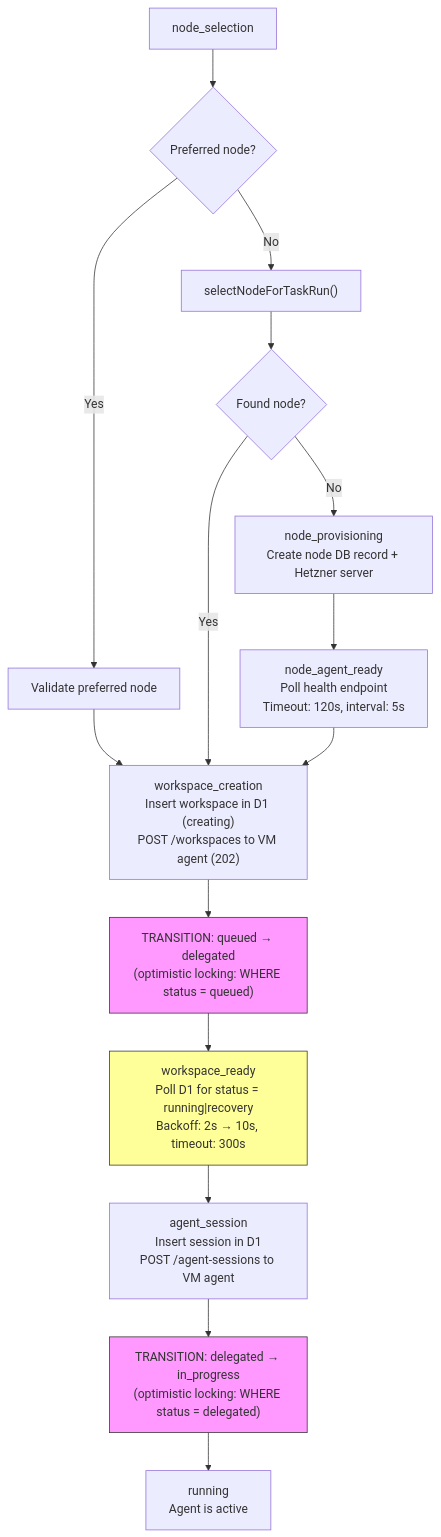
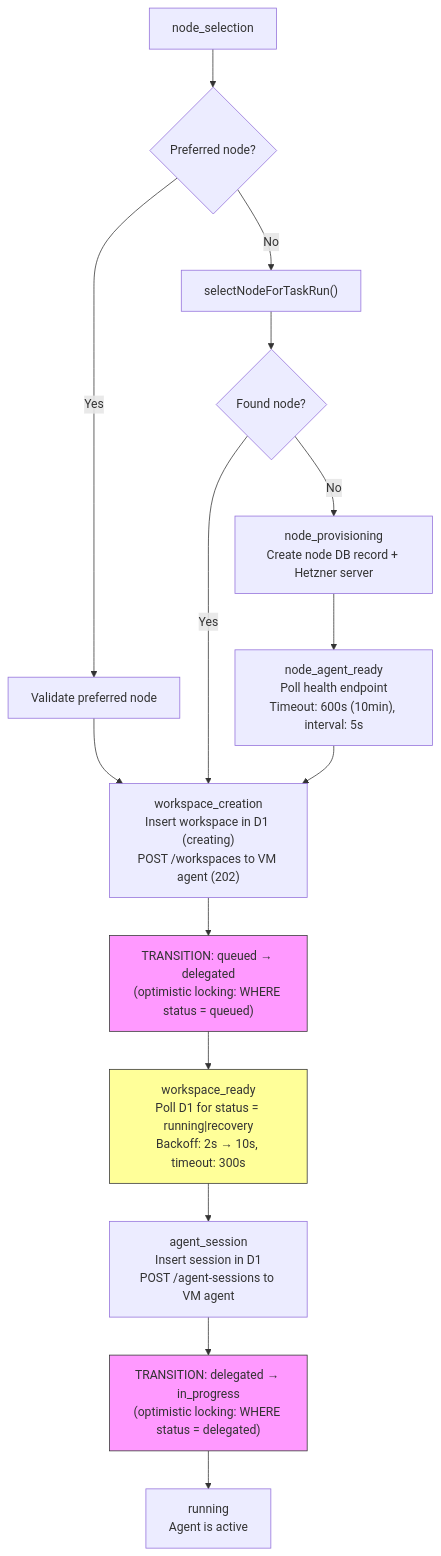
The second of 3 diagrams in docs/notes/task-delegation-system-analysis.md (raphaeltm/simple-agent-manager), drawn with Mermaid before and after one commit. The commit also changed 1 other file, not shown here.

Commit message:
docs: update agent-ready timeout references from 120s to 600s
Sync flow map and system analysis docs with the new 10-minute default.

````diff
--- a/docs/notes/task-delegation-system-analysis.md
+++ b/docs/notes/task-delegation-system-analysis.md
@@ -75,21 +75,21 @@
 ```mermaid
 flowchart TD
     A["node_selection"] --> B{Preferred node?}
     B -->|Yes| C[Validate preferred node]
     B -->|No| D["selectNodeForTaskRun()"]
     D --> E{Found node?}
     E -->|Yes| H
     E -->|No| F["node_provisioning<br/>Create node DB record + Hetzner server"]
-    F --> G["node_agent_ready<br/>Poll health endpoint<br/>Timeout: 120s, interval: 5s"]
+    F --> G["node_agent_ready<br/>Poll health endpoint<br/>Timeout: 600s (10min), interval: 5s"]
     C --> H["workspace_creation<br/>Insert workspace in D1 (creating)<br/>POST /workspaces to VM agent (202)"]
     G --> H
     H --> I["TRANSITION: queued → delegated<br/>(optimistic locking: WHERE status = queued)"]
     I --> J["workspace_ready<br/>Poll D1 for status = running|recovery<br/>Backoff: 2s → 10s, timeout: 300s"]
     J --> K["agent_session<br/>Insert session in D1<br/>POST /agent-sessions to VM agent"]
     K --> L["TRANSITION: delegated → in_progress<br/>(optimistic locking: WHERE status = delegated)"]
     L --> M["running<br/>Agent is active"]
 
     style I fill:#f9f,stroke:#333
     style L fill:#f9f,stroke:#333
     style J fill:#ff9,stroke:#333
 ```
````
